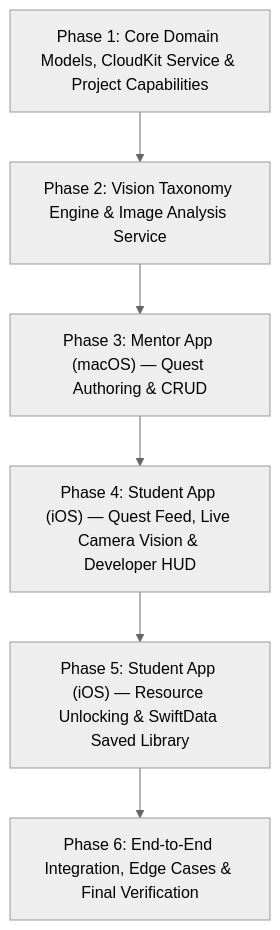
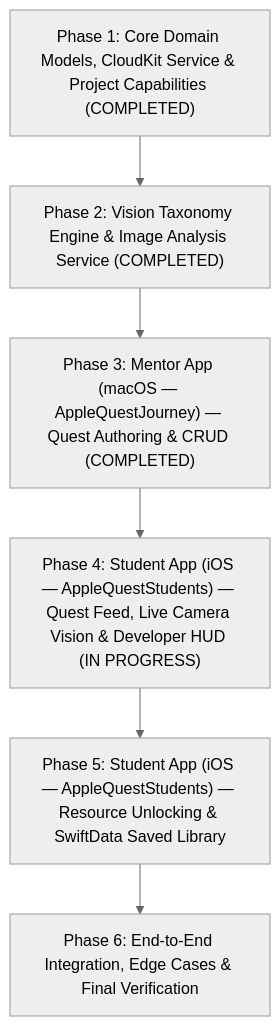
One commit to octavianusg/AppleQuestJourney changed the diagram in v1_plan.md. Above: the diagram before and after it, drawn with Mermaid (neutral theme). The commit also changed other lines of this file and 40 other files, not shown here.

````diff
--- a/v1_plan.md
+++ b/v1_plan.md
@@ -9,8 +9,8 @@
 ```mermaid
 flowchart TD
-    P1["Phase 1: Core Domain Models, CloudKit Service & Project Capabilities"] --> P2["Phase 2: Vision Taxonomy Engine & Image Analysis Service"]
-    P2 --> P3["Phase 3: Mentor App (macOS) — Quest Authoring & CRUD"]
-    P3 --> P4["Phase 4: Student App (iOS) — Quest Feed, Live Camera Vision & Developer HUD"]
-    P4 --> P5["Phase 5: Student App (iOS) — Resource Unlocking & SwiftData Saved Library"]
+    P1["Phase 1: Core Domain Models, CloudKit Service & Project Capabilities (COMPLETED)"] --> P2["Phase 2: Vision Taxonomy Engine & Image Analysis Service (COMPLETED)"]
+    P2 --> P3["Phase 3: Mentor App (macOS — AppleQuestJourney) — Quest Authoring & CRUD (COMPLETED)"]
+    P3 --> P4["Phase 4: Student App (iOS — AppleQuestStudents) — Quest Feed, Live Camera Vision & Developer HUD (IN PROGRESS)"]
+    P4 --> P5["Phase 5: Student App (iOS — AppleQuestStudents) — Resource Unlocking & SwiftData Saved Library"]
     P5 --> P6["Phase 6: End-to-End Integration, Edge Cases & Final Verification"]
 ```
````
